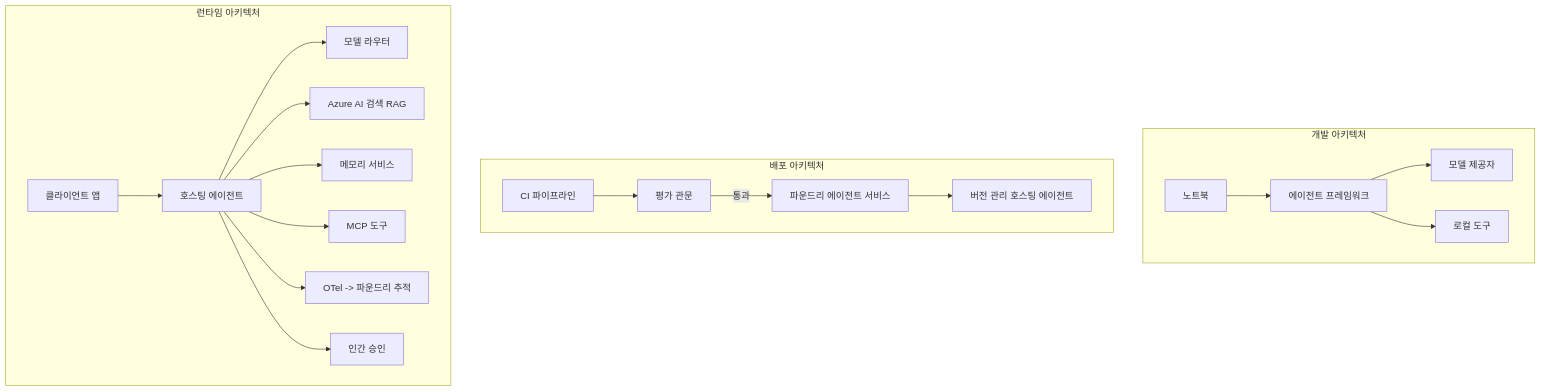
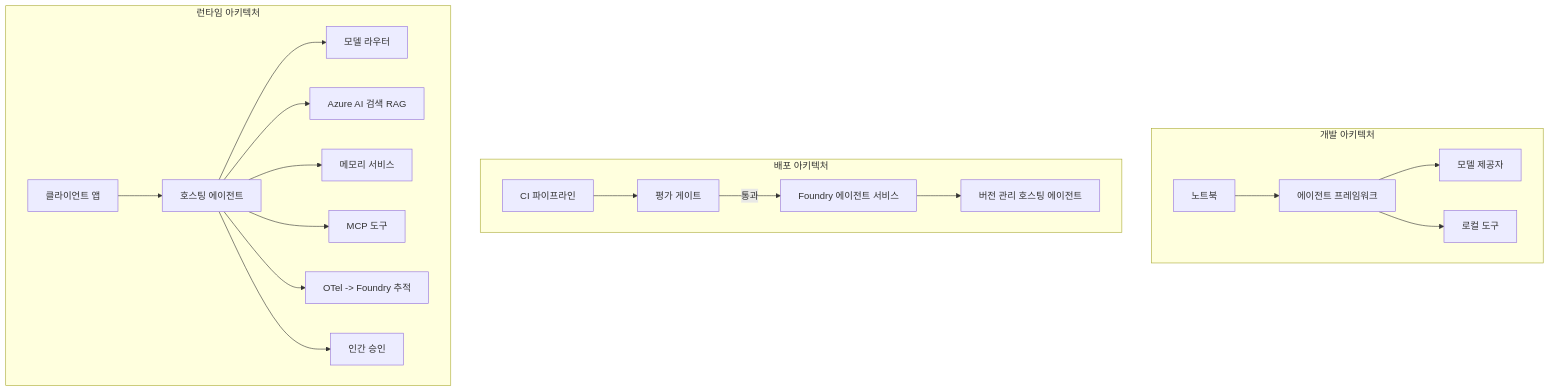
Before and after one commit to gabrielmoreira/agent-skills-mirror: the fourth of 4 diagrams in mirrors/repos/microsoft@ai-agents-for-beginners/translations/ko/16-deploying-scalable-agents/README.md, drawn with Mermaid. The commit also changed other lines of this file and 3581 other files, not shown here.

````diff
--- a/mirrors/repos/microsoft@ai-agents-for-beginners/translations/ko/16-deploying-scalable-agents/README.md
+++ b/mirrors/repos/microsoft@ai-agents-for-beginners/translations/ko/16-deploying-scalable-agents/README.md
@@ -185,22 +185,22 @@
 ```mermaid
 flowchart TB
     subgraph Dev[개발 아키텍처]
         D1[노트북] --> D2[에이전트 프레임워크]
         D2 --> D3[모델 제공자]
         D2 --> D4[로컬 도구]
     end
     subgraph Deploy[배포 아키텍처]
-        E1[CI 파이프라인] --> E2[평가 관문]
-        E2 -->|통과| E3[파운드리 에이전트 서비스]
+        E1[CI 파이프라인] --> E2[평가 게이트]
+        E2 -->|통과| E3[Foundry 에이전트 서비스]
         E3 --> E4[버전 관리 호스팅 에이전트]
     end
     subgraph Run[런타임 아키텍처]
         F1[클라이언트 앱] --> F2[호스팅 에이전트]
         F2 --> F3[모델 라우터]
         F2 --> F4[Azure AI 검색 RAG]
         F2 --> F5[메모리 서비스]
         F2 --> F6[MCP 도구]
-        F2 --> F7[OTel -> 파운드리 추적]
+        F2 --> F7[OTel -> Foundry 추적]
         F2 --> F8[인간 승인]
     end
 ```
````
